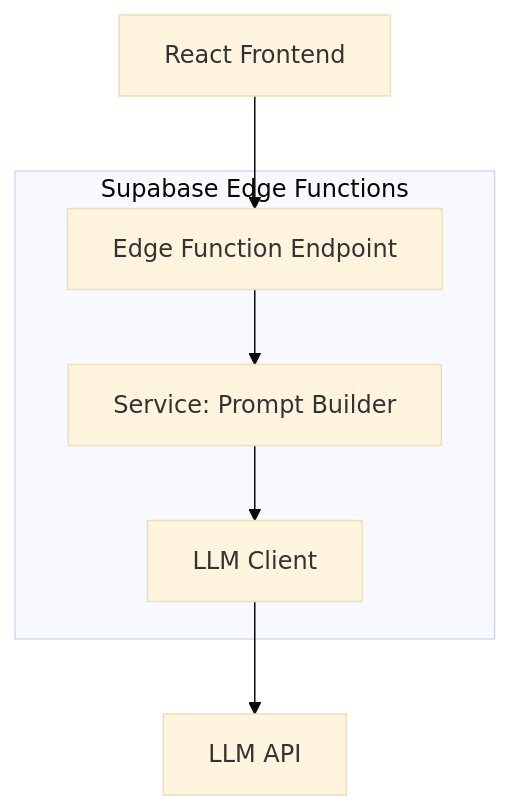
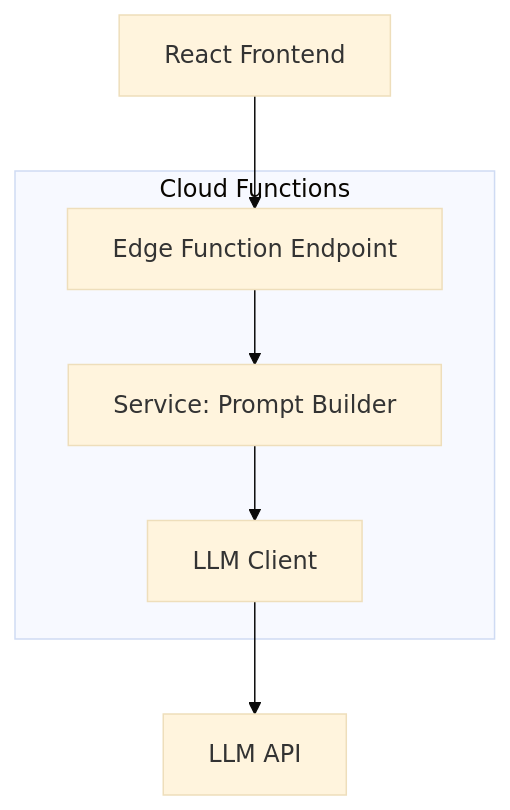
Before and after one commit to newcreatord-sudo/LifePet: the third of 4 diagrams in .trae/documents/Architettura_Tecnica_LifePet_IT.md, drawn with Mermaid (base theme). The commit also changed other lines of this file and 3 other files, not shown here.

````diff
--- a/.trae/documents/Architettura_Tecnica_LifePet_IT.md
+++ b/.trae/documents/Architettura_Tecnica_LifePet_IT.md
@@ -65,13 +102,13 @@
 ```mermaid
 graph TD
   A["React Frontend"] --> B["Edge Function Endpoint"]
   B --> C["Service: Prompt Builder"]
   C --> D["LLM Client"]
   D --> E["LLM API"]
 
-  subgraph "Supabase Edge Functions"
+  subgraph "Cloud Functions"
     B
     C
     D
   end
 ```
````
